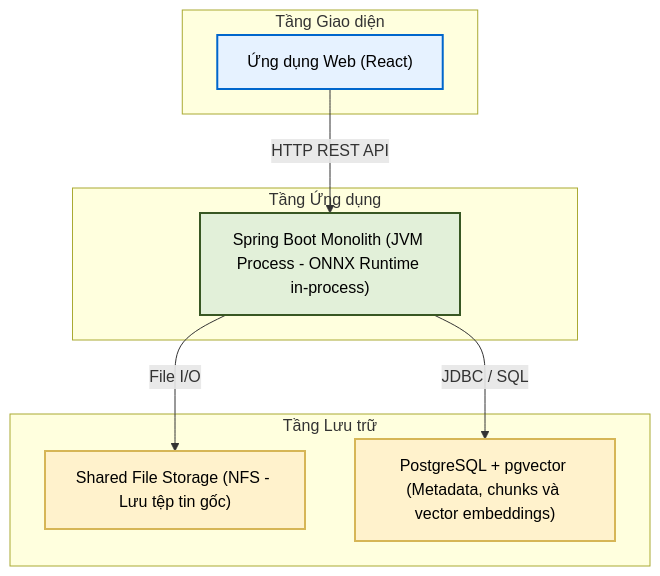
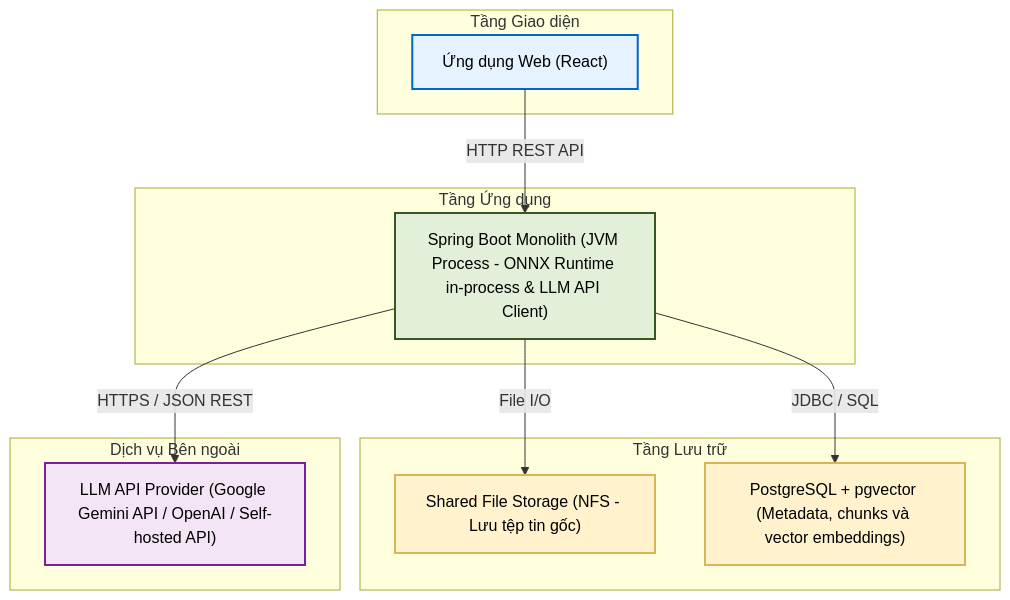
Before and after one commit to thanhhuong1523/enterprise-ai-systems: the second of 3 diagrams in eap/docs/week4/architecture_design.md, drawn with Mermaid. The commit also changed other lines of this file and 87 other files, not shown here.

````diff
--- a/eap/docs/week4/architecture_design.md
+++ b/eap/docs/week4/architecture_design.md
@@ -132,24 +141,30 @@
 ```mermaid
 graph TB
     subgraph ClientLayer["Tầng Giao diện"]
         WebApp["Ứng dụng Web (React)"]
     end
 
     subgraph AppLayer["Tầng Ứng dụng"]
-        SpringBootApp["Spring Boot Monolith (JVM Process - ONNX Runtime in-process)"]
+        SpringBootApp["Spring Boot Monolith (JVM Process - ONNX Runtime in-process & LLM API Client)"]
     end
 
     subgraph StorageLayer["Tầng Lưu trữ"]
         FileStorage["Shared File Storage (NFS - Lưu tệp tin gốc)"]
         PostgresDB["PostgreSQL + pgvector (Metadata, chunks và vector embeddings)"]
     end
 
+    subgraph ExternalServices["Dịch vụ Bên ngoài"]
+        LLM_Provider["LLM API Provider (Google Gemini API / OpenAI / Self-hosted API)"]
+    end
+
     WebApp -->|HTTP REST API| SpringBootApp
     SpringBootApp -->|File I/O| FileStorage
     SpringBootApp -->|JDBC / SQL| PostgresDB
+    SpringBootApp -->|HTTPS / JSON REST| LLM_Provider
 
     style WebApp fill:#E6F2FF,stroke:#0066CC,stroke-width:2px,color:#000000
     style SpringBootApp fill:#E2F0D9,stroke:#385723,stroke-width:2px,color:#000000
     style FileStorage fill:#FFF2CC,stroke:#D6B656,stroke-width:2px,color:#000000
     style PostgresDB fill:#FFF2CC,stroke:#D6B656,stroke-width:2px,color:#000000
+    style LLM_Provider fill:#F3E5F5,stroke:#7B1FA2,stroke-width:2px,color:#000000
 ```
````
